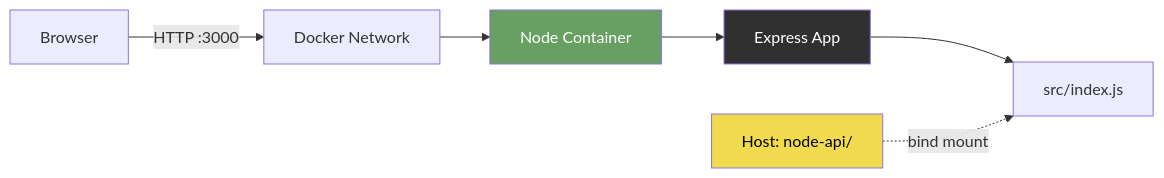
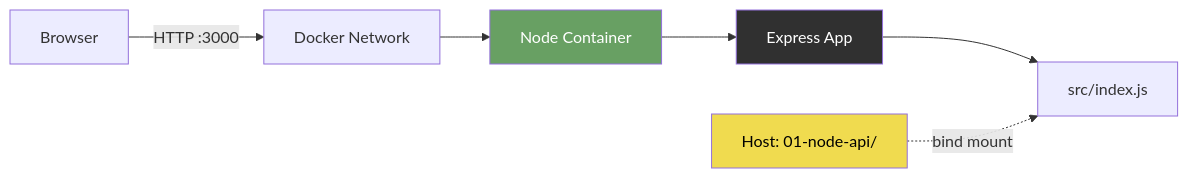
One commit to vladimiracunadev-create/docker-labs changed the second of 5 diagrams in docs/ARCHITECTURE.md. Above: the diagram before and after it, drawn with Mermaid. The commit also changed other lines of this file and 32 other files, not shown here.

````diff
--- a/docs/ARCHITECTURE.md
+++ b/docs/ARCHITECTURE.md
@@ -119,13 +119,13 @@
 ```mermaid
 flowchart LR
     A[Browser] -->|HTTP :3000| B[Docker Network]
     B --> C[Node Container]
     C --> D[Express App]
     D --> E[src/index.js]
     
-    F[Host: node-api/] -.->|bind mount| E
+    F[Host: 01-node-api/] -.->|bind mount| E
     
     style C fill:#68a063,color:#fff
     style D fill:#303030,color:#fff
     style F fill:#f0db4f,color:#000
 ```
````
